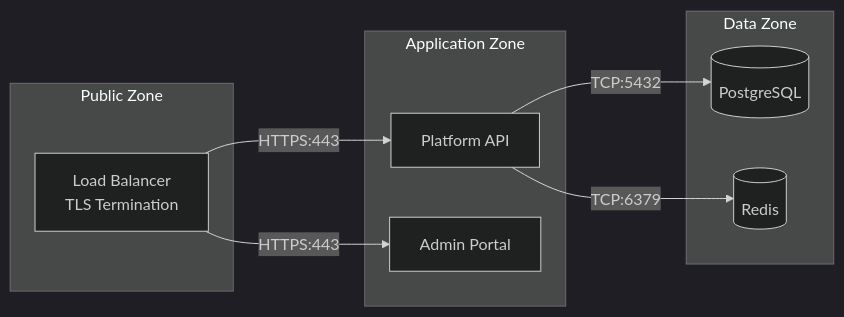
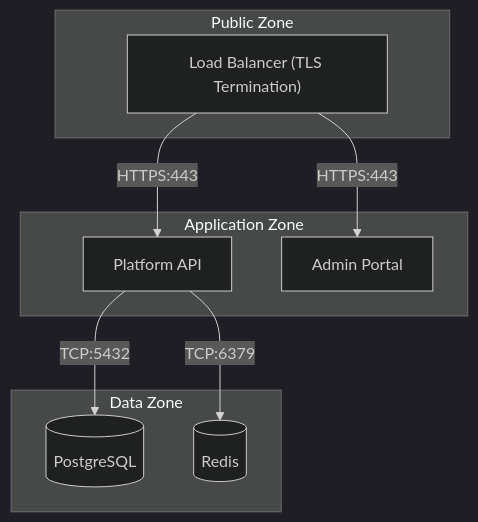
Before and after one commit to NexusSema/omg-marketplace: the seventh of 7 diagrams in plugins/sdlc/skills/architecture/shard/references/mermaid-diagram-standards.md, drawn with Mermaid (dark theme). The commit also changed other lines of this file and 1 other file, not shown here.

First line of the commit message:
Fix Mermaid diagrams: remove HTML br tags and add width constraints

````diff
--- a/plugins/sdlc/skills/architecture/shard/references/mermaid-diagram-standards.md
+++ b/plugins/sdlc/skills/architecture/shard/references/mermaid-diagram-standards.md
@@ -120,20 +122,20 @@
 ```mermaid
 %% Network Topology — {Environment}
-graph LR
+graph TD
     subgraph "Public Zone"
-        lb["Load Balancer<br/>TLS Termination"]
+        lb["Load Balancer (TLS Termination)"]
     end
     subgraph "Application Zone"
         api["Platform API"]
         admin["Admin Portal"]
     end
     subgraph "Data Zone"
         db[("PostgreSQL")]
         redis[("Redis")]
     end
 
     lb -->|"HTTPS:443"| api
     lb -->|"HTTPS:443"| admin
     api -->|"TCP:5432"| db
     api -->|"TCP:6379"| redis
 ```
````
